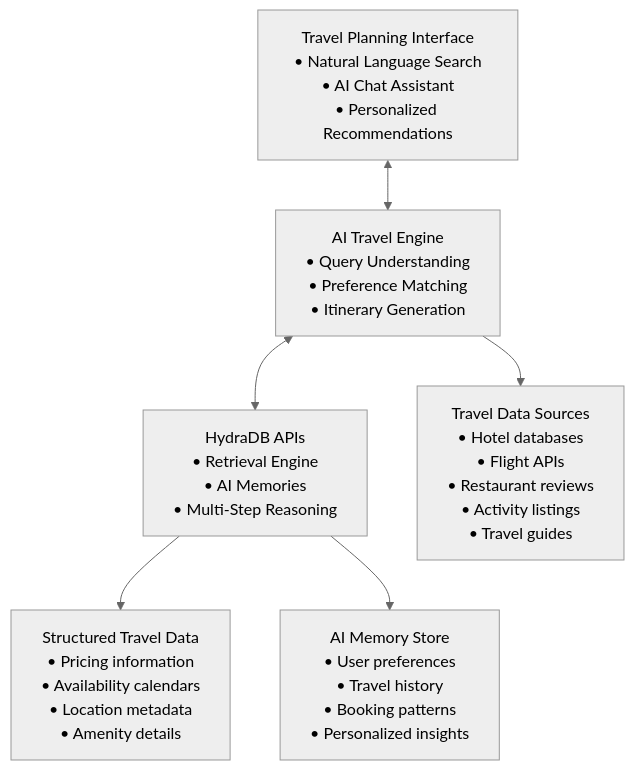
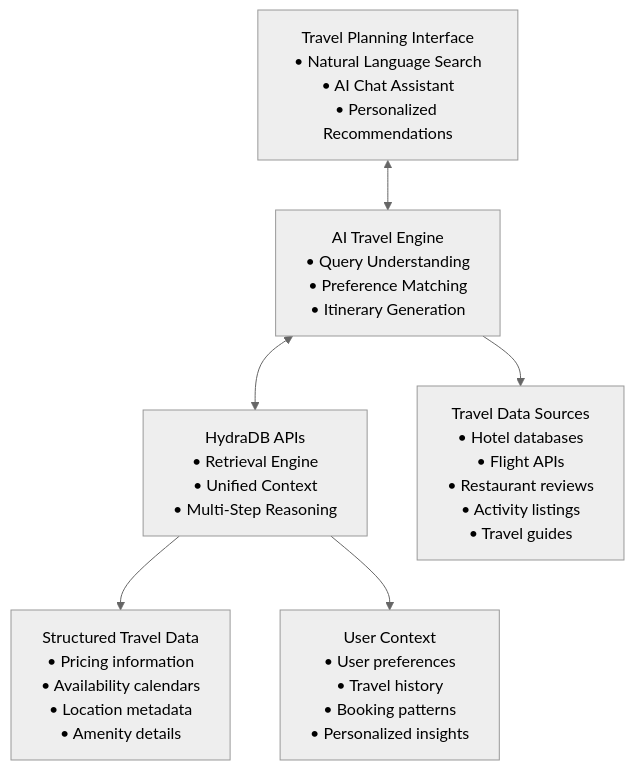
One commit to hydra-db/mintlify-docs changed the diagram in cookbooks/v2/ai-travel-planner.mdx. Above: the diagram before and after it, drawn with Mermaid (neutral theme). The commit also changed other lines of this file and 13 other files, not shown here.

First line of the commit message:
docs: rewrite v2 cookbooks for the unified context API, restore Cookbooks tab (PRO-1618)

````diff
--- a/cookbooks/v2/ai-travel-planner.mdx
+++ b/cookbooks/v2/ai-travel-planner.mdx
@@ -51,16 +47,16 @@
 ```mermaid
 graph TD
     A["Travel Planning Interface<br/>• Natural Language Search<br/>• AI Chat Assistant<br/>• Personalized Recommendations"] 
     B["AI Travel Engine<br/>• Query Understanding<br/>• Preference Matching<br/>• Itinerary Generation"]
-    C["HydraDB APIs<br/>• Retrieval Engine<br/>• AI Memories<br/>• Multi-Step Reasoning"]
+    C["HydraDB APIs<br/>• Retrieval Engine<br/>• Unified Context<br/>• Multi-Step Reasoning"]
     
     D["Travel Data Sources<br/>• Hotel databases<br/>• Flight APIs<br/>• Restaurant reviews<br/>• Activity listings<br/>• Travel guides"]
     E["Structured Travel Data<br/>• Pricing information<br/>• Availability calendars<br/>• Location metadata<br/>• Amenity details"]
-    F["AI Memory Store<br/>• User preferences<br/>• Travel history<br/>• Booking patterns<br/>• Personalized insights"]
+    F["User Context<br/>• User preferences<br/>• Travel history<br/>• Booking patterns<br/>• Personalized insights"]
     
     A <--> B
     B <--> C
     B --> D
     C --> E
     C --> F
 ```
````
